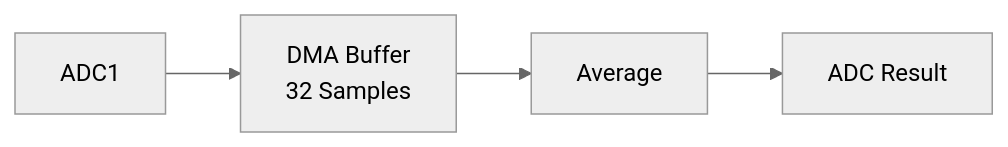
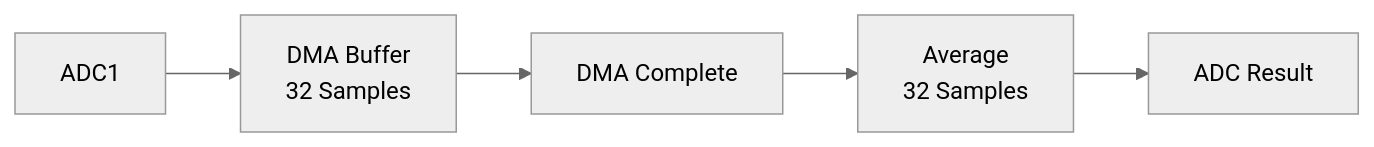
The third of 7 diagrams in README.md (John0729/STM32F407-Smart-Controller), drawn with Mermaid (neutral theme) before and after one commit. The commit also changed other lines of this file and 2 other files, not shown here.

````diff
--- a/README.md
+++ b/README.md
@@ -212,12 +220,14 @@
 ```mermaid
 flowchart LR
 
     ADC[ADC1]
     DMA[DMA Buffer<br/>32 Samples]
-    AVG[Average]
-    VALUE[ADC Result]
+    EVENT[DMA Complete]
+    AVG[Average<br/>32 Samples]
+    RESULT[ADC Result]
 
     ADC --> DMA
-    DMA --> AVG
-    AVG --> VALUE
+    DMA --> EVENT
+    EVENT --> AVG
+    AVG --> RESULT
 ```
````
